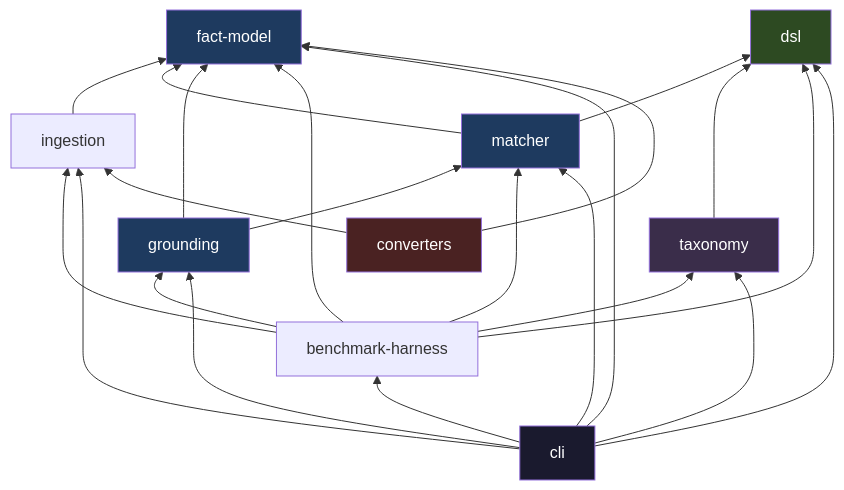
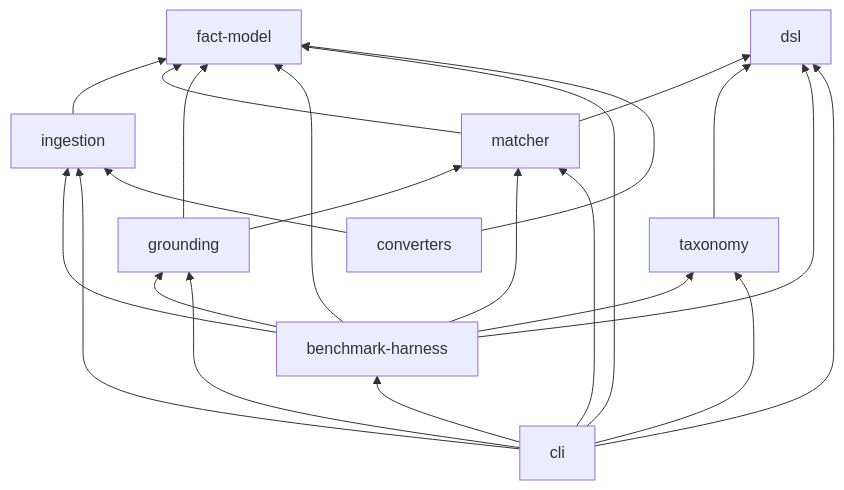
Before and after one commit to t0k1t00/Rootcause: the second of 2 diagrams in README.md, drawn with Mermaid. The commit also changed other lines of this file, not shown here.

````diff
--- a/README.md
+++ b/README.md
@@ -147,34 +99,26 @@
 ```mermaid
 graph BT
     fact-model
     ingestion --> fact-model
     dsl
     matcher --> fact-model
     matcher --> dsl
     grounding --> fact-model
     grounding --> matcher
     taxonomy --> dsl
     benchmark-harness --> fact-model
     benchmark-harness --> ingestion
     benchmark-harness --> dsl
     benchmark-harness --> matcher
     benchmark-harness --> grounding
     benchmark-harness --> taxonomy
     cli --> fact-model
     cli --> ingestion
     cli --> dsl
     cli --> matcher
     cli --> grounding
     cli --> taxonomy
     cli --> benchmark-harness
     converters --> fact-model
     converters --> ingestion
-
-    style fact-model fill:#1e3a5f,color:#fff
-    style matcher fill:#1e3a5f,color:#fff
-    style grounding fill:#1e3a5f,color:#fff
-    style dsl fill:#2d4a22,color:#fff
-    style cli fill:#1a1a2e,color:#fff
-    style converters fill:#4a2222,color:#fff
-    style taxonomy fill:#3a2d4a,color:#fff
 ```
````
